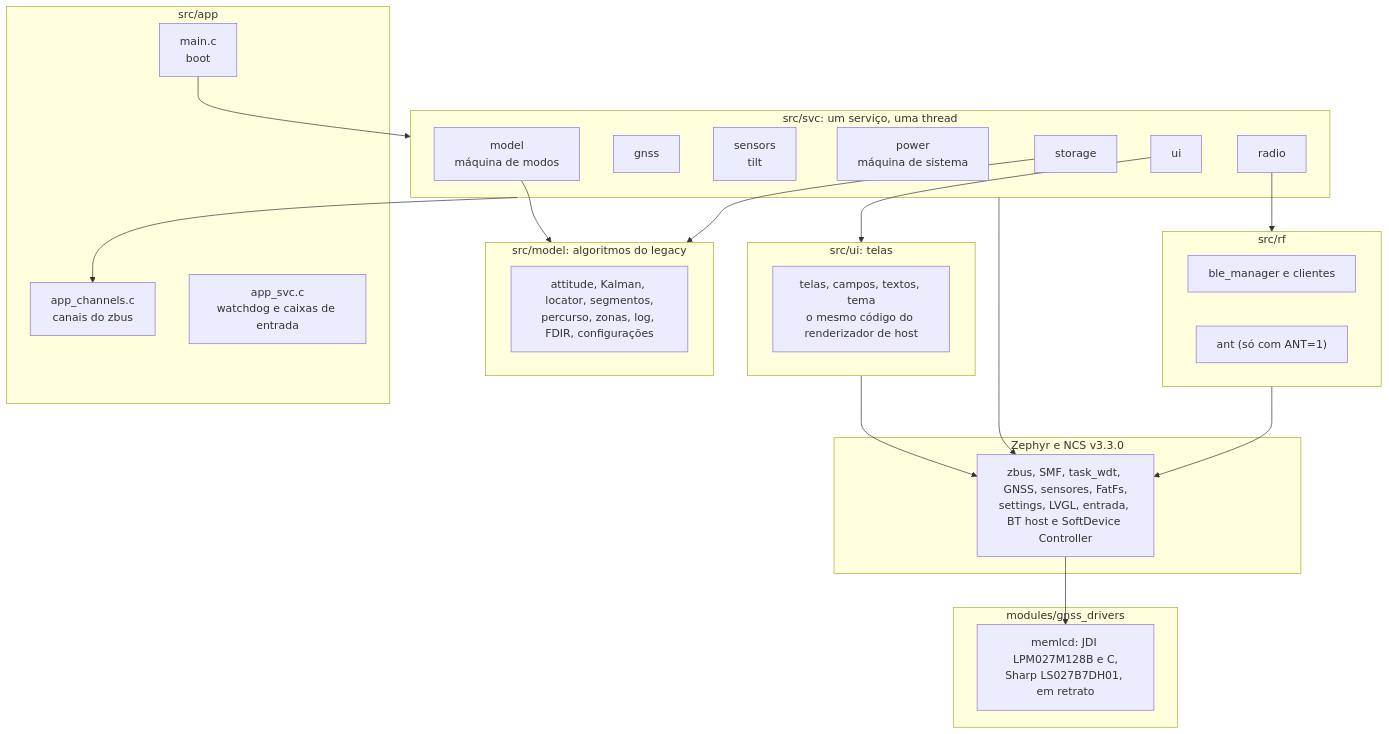
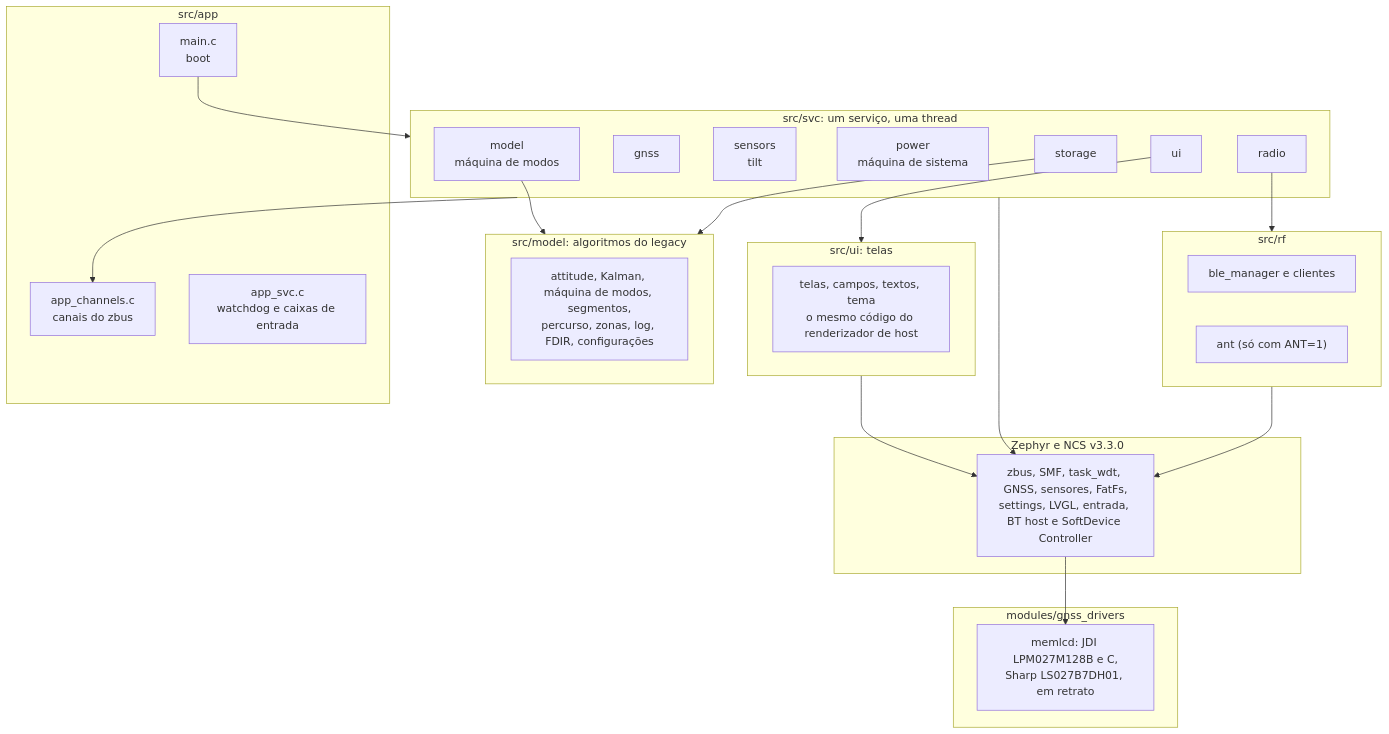
Before and after one commit to Guiimartinho/gnss-bike-computer: the first of 4 diagrams in docs/05-arquitetura-zephyr.md, drawn with Mermaid. The commit also changed 24 other files, not shown here.

````diff
--- a/docs/05-arquitetura-zephyr.md
+++ b/docs/05-arquitetura-zephyr.md
@@ -12,43 +12,43 @@
 ```mermaid
 flowchart TB
     subgraph APP["src/app"]
         MAIN["main.c<br/>boot"]
         CHAN["app_channels.c<br/>canais do zbus"]
         SVCF["app_svc.c<br/>watchdog e caixas de entrada"]
     end
     subgraph SVC["src/svc: um serviço, uma thread"]
         PWR["power<br/>máquina de sistema"]
         GNS["gnss"]
         SNS["sensors<br/>tilt"]
         RAD["radio"]
         STO["storage"]
         MOD["model<br/>máquina de modos"]
         UIS["ui"]
     end
     subgraph MODEL["src/model: algoritmos do legacy"]
-        ALG["attitude, Kalman, locator, segmentos,<br/>percurso, zonas, log, FDIR, configurações"]
+        ALG["attitude, Kalman, máquina de modos, segmentos,<br/>percurso, zonas, log, FDIR, configurações"]
     end
     subgraph RF["src/rf"]
         BLE["ble_manager e clientes"]
         ANTN["ant (só com ANT=1)"]
     end
     subgraph UIX["src/ui: telas"]
         SCRS["telas, campos, textos, tema<br/>o mesmo código do renderizador de host"]
     end
     subgraph Z["Zephyr e NCS v3.3.0"]
         ZAPI["zbus, SMF, task_wdt, GNSS, sensores, FatFs,<br/>settings, LVGL, entrada, BT host e SoftDevice Controller"]
     end
     subgraph DRV["modules/gnss_drivers"]
         MEM["memlcd: JDI LPM027M128B e C,<br/>Sharp LS027B7DH01, em retrato"]
     end
     MAIN --> SVC
     SVC --> CHAN
     MOD --> MODEL
     STO --> MODEL
     RAD --> RF
     UIS --> UIX
     UIX --> ZAPI
     SVC --> ZAPI
     RF --> ZAPI
     ZAPI --> MEM
 ```
````
